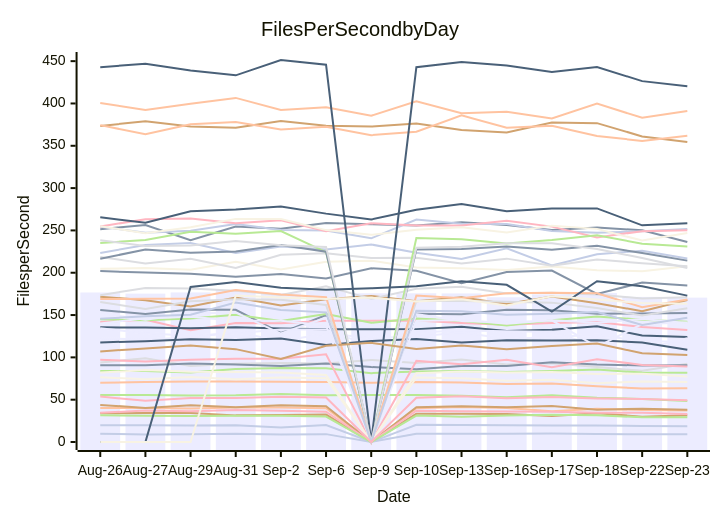
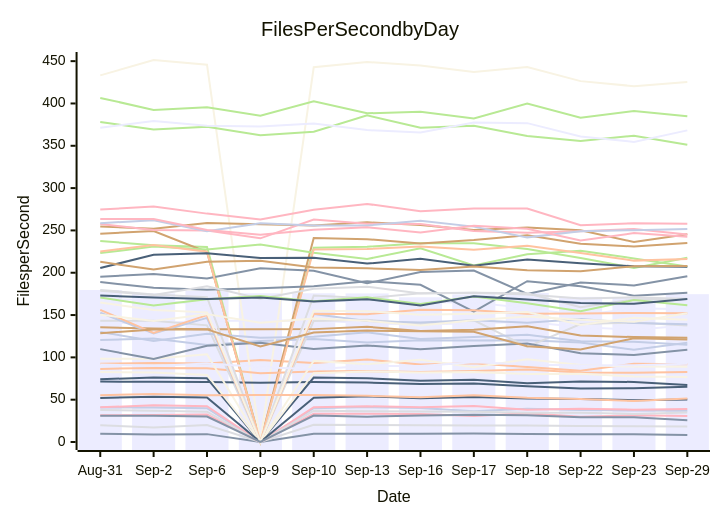
The diagram in perf-report.md (streetsidesoftware/cspell), drawn with Mermaid before and after one commit. The commit also changed other lines of this file and 1 other file, not shown here.

````diff
--- a/perf-report.md
+++ b/perf-report.md
@@ -10,56 +10,56 @@
 ```mermaid
 xychart-beta
     title Files Per Second by Day
     y-axis Files per Second
-    x-axis Date [Aug-26, Aug-27, Aug-29, Aug-31, Sep-2, Sep-6, Sep-9, Sep-10, Sep-13, Sep-16, Sep-17, Sep-18, Sep-22, Sep-23]
-    bar [176.65, 175.34, 176.71, 179.62, 175.68, 178.38, 175.73, 175.70, 175.56, 170.99, 174.42, 176.15, 171.49, 170.60]
-    line [156.02, 151.31, 156.46, 156.20, 128.81, 149.88, 0.00, 151.49, 151.06, 156.36, 155.63, 151.63, 151.94, 152.50]
-    line [70.02, 70.97, 71.48, 71.44, 71.07, 70.80, 70.10, 70.83, 70.27, 68.51, 69.01, 65.91, 63.15, 63.41]
-    line [93.90, 98.97, 89.73, 92.49, 93.42, 92.85, 96.99, 93.46, 97.52, 91.70, 93.14, 88.50, 84.12, 92.41]
-    line [83.76, 83.84, 82.02, 86.32, 87.46, 87.14, 81.35, 83.34, 83.78, 82.79, 83.96, 85.57, 82.01, 81.81]
-    line [373.49, 378.95, 372.79, 371.32, 379.20, 373.63, 372.65, 376.36, 368.52, 365.71, 377.56, 376.77, 361.09, 354.59]
-    line [223.39, 232.83, 235.11, 223.20, 230.93, 227.50, 233.38, 223.69, 216.25, 228.77, 208.66, 221.89, 226.09, 216.90]
-    line [141.82, 144.43, 131.99, 140.70, 140.40, 143.33, 143.38, 143.55, 140.59, 138.57, 140.62, 141.72, 135.93, 132.42]
-    line [135.53, 135.15, 134.28, 135.44, 134.10, 133.16, 133.12, 133.37, 136.08, 131.30, 132.64, 136.81, 125.88, 123.97]
-    line [204.73, 205.50, 203.46, 212.85, 203.78, 213.00, 214.26, 206.28, 205.22, 203.09, 207.23, 202.88, 201.82, 207.79]
-    line [134.48, 128.45, 125.51, 128.57, 133.06, 133.03, 112.77, 129.44, 131.63, 130.97, 130.22, 113.06, 109.25, 122.56]
-    line [251.52, 256.47, 238.41, 254.64, 251.96, 258.89, 257.30, 255.86, 259.52, 256.30, 250.62, 253.31, 250.10, 236.21]
-    line [374.39, 363.66, 375.36, 378.12, 369.19, 372.46, 362.58, 366.57, 385.92, 371.23, 373.66, 361.57, 355.78, 361.81]
-    line [218.66, 210.78, 216.53, 205.56, 221.13, 223.08, 217.30, 217.60, 210.80, 216.66, 208.33, 215.69, 211.15, 207.60]
-    line [55.42, 55.44, 54.92, 55.19, 56.79, 55.22, 55.40, 55.63, 54.54, 52.86, 55.21, 52.35, 50.94, 48.45]
-    line [171.71, 167.41, 160.25, 170.61, 161.33, 168.54, 172.61, 166.17, 170.88, 163.08, 171.82, 163.97, 154.58, 167.67]
-    line [254.45, 247.25, 249.51, 257.53, 250.46, 249.77, 240.66, 262.89, 257.78, 257.49, 249.43, 247.25, 248.88, 251.75]
-    line [254.71, 263.18, 264.22, 258.50, 262.12, 249.11, 258.37, 255.88, 255.75, 261.30, 254.48, 241.79, 249.14, 250.28]
-    line [265.58, 259.03, 272.73, 274.59, 278.30, 269.85, 262.88, 274.40, 281.31, 272.54, 275.91, 275.97, 256.03, 258.54]
-    line [254.87, 246.75, 253.70, 263.63, 263.57, 250.38, 244.75, 250.69, 253.77, 247.48, 255.65, 251.83, 237.98, 246.89]
-    line [122.40, 121.04, 123.38, 130.04, 119.32, 127.89, 123.29, 124.49, 129.64, 121.66, 124.08, 126.72, 119.08, 118.45]
-    line [90.69, 90.61, 92.79, 91.57, 89.68, 92.88, 88.59, 86.05, 89.85, 89.86, 94.27, 91.54, 90.45, 90.71]
-    line [400.52, 392.20, 399.70, 406.57, 392.41, 395.48, 385.49, 402.68, 388.38, 390.24, 382.26, 399.81, 383.04, 391.20]
-    line [173.51, 182.05, 181.30, 178.67, 173.82, 183.91, 169.15, 181.18, 183.51, 175.60, 176.44, 174.39, 169.65, 170.91]
-    line [145.04, 143.72, 145.86, 150.29, 143.06, 151.08, 140.90, 145.94, 143.19, 137.67, 143.95, 148.30, 144.49, 142.14]
-    line [33.88, 34.28, 34.29, 31.46, 31.96, 32.39, 0.00, 33.27, 33.48, 33.18, 30.65, 34.02, 29.87, 31.63]
-    line [9.79, 8.96, 9.05, 9.81, 8.92, 9.30, 0.00, 9.85, 9.67, 9.68, 9.92, 9.37, 9.23, 9.26]
-    line [97.14, 95.15, 97.31, 98.42, 98.44, 103.61, 0.00, 95.82, 91.96, 97.25, 88.47, 97.89, 91.06, 89.08]
-    line [117.70, 119.12, 121.35, 120.42, 122.42, 114.54, 119.33, 121.78, 117.69, 120.09, 120.05, 120.31, 117.43, 109.01]
-    line [76.46, 74.01, 76.69, 74.15, 76.26, 75.33, 0.00, 76.18, 75.30, 72.34, 73.59, 69.54, 71.59, 70.97]
-    line [140.03, 146.17, 148.08, 143.16, 143.31, 137.86, 0.00, 143.10, 144.41, 139.70, 143.74, 112.39, 139.33, 141.10]
-    line [201.94, 200.15, 198.85, 195.27, 198.37, 193.18, 205.21, 202.42, 187.59, 200.94, 202.64, 174.86, 188.42, 184.98]
-    line [40.07, 40.16, 39.52, 40.88, 40.72, 39.85, 0.00, 39.94, 41.26, 40.08, 36.34, 39.18, 37.74, 37.18]
-    line [165.45, 157.28, 166.29, 168.59, 168.11, 162.00, 0.00, 166.81, 166.56, 165.69, 164.68, 158.25, 149.51, 158.09]
-    line [235.19, 238.66, 248.28, 246.15, 249.29, 224.39, 0.00, 241.04, 239.64, 234.60, 238.64, 244.36, 234.31, 230.98]
-    line [43.81, 40.27, 43.32, 41.01, 43.29, 42.33, 0.00, 41.15, 42.24, 41.01, 42.53, 38.05, 39.43, 38.14]
-    line [19.77, 19.75, 19.38, 19.78, 17.23, 19.98, 0.00, 20.38, 20.10, 19.75, 19.58, 19.44, 18.99, 18.71]
-    line [34.46, 37.13, 36.19, 37.79, 36.83, 35.85, 0.00, 37.06, 36.42, 35.98, 35.70, 34.54, 34.55, 33.11]
-    line [442.87, 446.82, 438.90, 433.22, 451.36, 445.82, 0.00, 442.79, 448.98, 444.77, 437.29, 443.15, 426.39, 420.42]
-    line [81.99, 84.93, 82.93, 82.69, 82.19, 79.19, 0.00, 81.30, 83.34, 82.19, 82.78, 80.29, 80.65, 77.47]
-    line [152.12, 144.60, 151.74, 152.77, 128.16, 146.70, 0.00, 151.25, 142.95, 141.14, 143.95, 140.92, 145.29, 140.59]
-    line [216.52, 227.39, 223.72, 225.22, 232.84, 224.81, 0.00, 227.34, 228.09, 230.87, 227.16, 231.88, 223.22, 214.31]
-    line [169.02, 169.12, 169.70, 179.72, 174.42, 171.06, 0.00, 173.10, 169.76, 175.73, 176.36, 175.75, 159.14, 168.41]
-    line [238.28, 231.51, 232.29, 237.57, 232.38, 230.54, 0.00, 229.61, 230.62, 234.72, 234.92, 228.04, 217.32, 205.66]
-    line [31.61, 31.00, 30.67, 31.04, 30.96, 30.04, 0.00, 31.22, 29.93, 31.17, 32.23, 31.60, 29.23, 29.18]
-    line [106.99, 110.60, 113.93, 109.73, 98.03, 113.59, 117.23, 110.00, 114.04, 109.51, 113.51, 116.46, 104.81, 102.79]
-    line [145.56, 148.61, 150.44, 164.92, 155.92, 153.19, 0.00, 155.03, 154.46, 150.27, 151.44, 153.53, 138.23, 146.78]
-    line [53.66, 48.74, 52.00, 52.00, 53.54, 52.52, 0.00, 52.32, 54.12, 51.77, 53.09, 51.40, 50.85, 49.44]
-    line [0.00, 0.00, 183.14, 189.02, 182.17, 179.93, 181.55, 184.12, 189.95, 185.74, 153.97, 189.99, 184.11, 172.95]
-    line [0.00, 0.00, 0.00, 172.99, 170.71, 168.98, 170.63, 166.15, 168.68, 161.23, 172.09, 168.48, 164.20, 163.31]
+    x-axis Date [Aug-31, Sep-2, Sep-6, Sep-9, Sep-10, Sep-13, Sep-16, Sep-17, Sep-18, Sep-22, Sep-23, Sep-29]
+    bar [179.62, 175.68, 178.38, 175.73, 175.70, 175.56, 170.99, 174.42, 176.15, 171.49, 170.60, 174.68]
+    line [9.81, 8.92, 9.30, 0.00, 9.85, 9.67, 9.68, 9.92, 9.37, 9.23, 9.26, 8.29]
+    line [92.49, 93.42, 92.85, 96.99, 93.46, 97.52, 91.70, 93.14, 88.50, 84.12, 92.41, 91.76]
+    line [19.78, 17.23, 19.98, 0.00, 20.38, 20.10, 19.75, 19.58, 19.44, 18.99, 18.71, 18.44]
+    line [237.57, 232.38, 230.54, 0.00, 229.61, 230.62, 234.72, 234.92, 228.04, 217.32, 205.66, 217.69]
+    line [246.15, 249.29, 224.39, 0.00, 241.04, 239.64, 234.60, 238.64, 244.36, 234.31, 230.98, 235.16]
+    line [120.42, 122.42, 114.54, 119.33, 121.78, 117.69, 120.09, 120.05, 120.31, 117.43, 109.01, 117.33]
+    line [31.46, 31.96, 32.39, 0.00, 33.27, 33.48, 33.18, 30.65, 34.02, 29.87, 31.63, 30.68]
+    line [74.15, 76.26, 75.33, 0.00, 76.18, 75.30, 72.34, 73.59, 69.54, 71.59, 70.97, 67.35]
+    line [433.22, 451.36, 445.82, 0.00, 442.79, 448.98, 444.77, 437.29, 443.15, 426.39, 420.42, 425.42]
+    line [140.70, 140.40, 143.33, 143.38, 143.55, 140.59, 138.57, 140.62, 141.72, 135.93, 132.42, 137.90]
+    line [195.27, 198.37, 193.18, 205.21, 202.42, 187.59, 200.94, 202.64, 174.86, 188.42, 184.98, 195.97]
+    line [86.32, 87.46, 87.14, 81.35, 83.34, 83.78, 82.79, 83.96, 85.57, 82.01, 81.81, 82.67]
+    line [143.16, 143.31, 137.86, 0.00, 143.10, 144.41, 139.70, 143.74, 112.39, 139.33, 141.10, 137.72]
+    line [223.20, 230.93, 227.50, 233.38, 223.69, 216.25, 228.77, 208.66, 221.89, 226.09, 216.90, 207.46]
+    line [135.44, 134.10, 133.16, 133.12, 133.37, 136.08, 131.30, 132.64, 136.81, 125.88, 123.97, 123.26]
+    line [40.88, 40.72, 39.85, 0.00, 39.94, 41.26, 40.08, 36.34, 39.18, 37.74, 37.18, 36.89]
+    line [274.59, 278.30, 269.85, 262.88, 274.40, 281.31, 272.54, 275.91, 275.97, 256.03, 258.54, 258.01]
+    line [71.44, 71.07, 70.80, 70.10, 70.83, 70.27, 68.51, 69.01, 65.91, 63.15, 63.41, 65.35]
+    line [98.42, 98.44, 103.61, 0.00, 95.82, 91.96, 97.25, 88.47, 97.89, 91.06, 89.08, 89.06]
+    line [168.59, 168.11, 162.00, 0.00, 166.81, 166.56, 165.69, 164.68, 158.25, 149.51, 158.09, 156.96]
+    line [109.73, 98.03, 113.59, 117.23, 110.00, 114.04, 109.51, 113.51, 116.46, 104.81, 102.79, 108.89]
+    line [225.22, 232.84, 224.81, 0.00, 227.34, 228.09, 230.87, 227.16, 231.88, 223.22, 214.31, 216.24]
+    line [179.72, 174.42, 171.06, 0.00, 173.10, 169.76, 175.73, 176.36, 175.75, 159.14, 168.41, 169.31]
+    line [378.12, 369.19, 372.46, 362.58, 366.57, 385.92, 371.23, 373.66, 361.57, 355.78, 361.81, 351.17]
+    line [254.64, 251.96, 258.89, 257.30, 255.86, 259.52, 256.30, 250.62, 253.31, 250.10, 236.21, 245.48]
+    line [152.77, 128.16, 146.70, 0.00, 151.25, 142.95, 141.14, 143.95, 140.92, 145.29, 140.59, 139.11]
+    line [41.01, 43.29, 42.33, 0.00, 41.15, 42.24, 41.01, 42.53, 38.05, 39.43, 38.14, 38.94]
+    line [205.56, 221.13, 223.08, 217.30, 217.60, 210.80, 216.66, 208.33, 215.69, 211.15, 207.60, 206.93]
+    line [82.69, 82.19, 79.19, 0.00, 81.30, 83.34, 82.19, 82.78, 80.29, 80.65, 77.47, 76.93]
+    line [371.32, 379.20, 373.63, 372.65, 376.36, 368.52, 365.71, 377.56, 376.77, 361.09, 354.59, 368.19]
+    line [189.02, 182.17, 179.93, 181.55, 184.12, 189.95, 185.74, 153.97, 189.99, 184.11, 172.95, 176.46]
+    line [156.20, 128.81, 149.88, 0.00, 151.49, 151.06, 156.36, 155.63, 151.63, 151.94, 152.50, 152.06]
+    line [37.79, 36.83, 35.85, 0.00, 37.06, 36.42, 35.98, 35.70, 34.54, 34.55, 33.11, 34.81]
+    line [406.57, 392.41, 395.48, 385.49, 402.68, 388.38, 390.24, 382.26, 399.81, 383.04, 391.20, 384.82]
+    line [212.85, 203.78, 213.00, 214.26, 206.28, 205.22, 203.09, 207.23, 202.88, 201.82, 207.79, 207.90]
+    line [130.04, 119.32, 127.89, 123.29, 124.49, 129.64, 121.66, 124.08, 126.72, 119.08, 118.45, 114.87]
+    line [257.53, 250.46, 249.77, 240.66, 262.89, 257.78, 257.49, 249.43, 247.25, 248.88, 251.75, 245.20]
+    line [52.00, 53.54, 52.52, 0.00, 52.32, 54.12, 51.77, 53.09, 51.40, 50.85, 49.44, 50.07]
+    line [164.92, 155.92, 153.19, 0.00, 155.03, 154.46, 150.27, 151.44, 153.53, 138.23, 146.78, 144.54]
+    line [91.57, 89.68, 92.88, 88.59, 86.05, 89.85, 89.86, 94.27, 91.54, 90.45, 90.71, 92.55]
+    line [31.04, 30.96, 30.04, 0.00, 31.22, 29.93, 31.17, 32.23, 31.60, 29.23, 29.18, 25.62]
+    line [55.19, 56.79, 55.22, 55.40, 55.63, 54.54, 52.86, 55.21, 52.35, 50.94, 48.45, 51.30]
+    line [178.67, 173.82, 183.91, 169.15, 181.18, 183.51, 175.60, 176.44, 174.39, 169.65, 170.91, 168.95]
+    line [170.61, 161.33, 168.54, 172.61, 166.17, 170.88, 163.08, 171.82, 163.97, 154.58, 167.67, 161.60]
+    line [128.57, 133.06, 133.03, 112.77, 129.44, 131.63, 130.97, 130.22, 113.06, 109.25, 122.56, 121.09]
+    line [258.50, 262.12, 249.11, 258.37, 255.88, 255.75, 261.30, 254.48, 241.79, 249.14, 250.28, 251.57]
+    line [263.63, 263.57, 250.38, 244.75, 250.69, 253.77, 247.48, 255.65, 251.83, 237.98, 246.89, 242.54]
+    line [172.99, 170.71, 168.98, 170.63, 166.15, 168.68, 161.23, 172.09, 168.48, 164.20, 163.31, 169.03]
+    line [150.29, 143.06, 151.08, 140.90, 145.94, 143.19, 137.67, 143.95, 148.30, 144.49, 142.14, 152.04]
 ```
````
